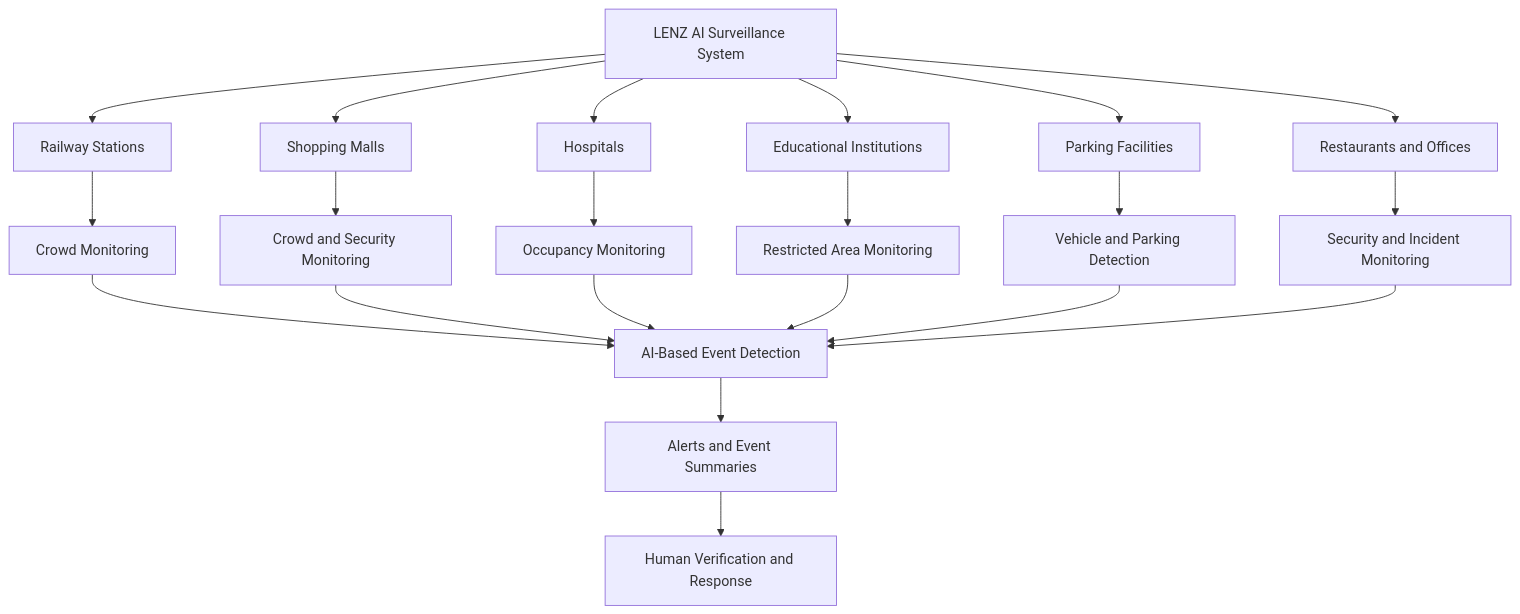
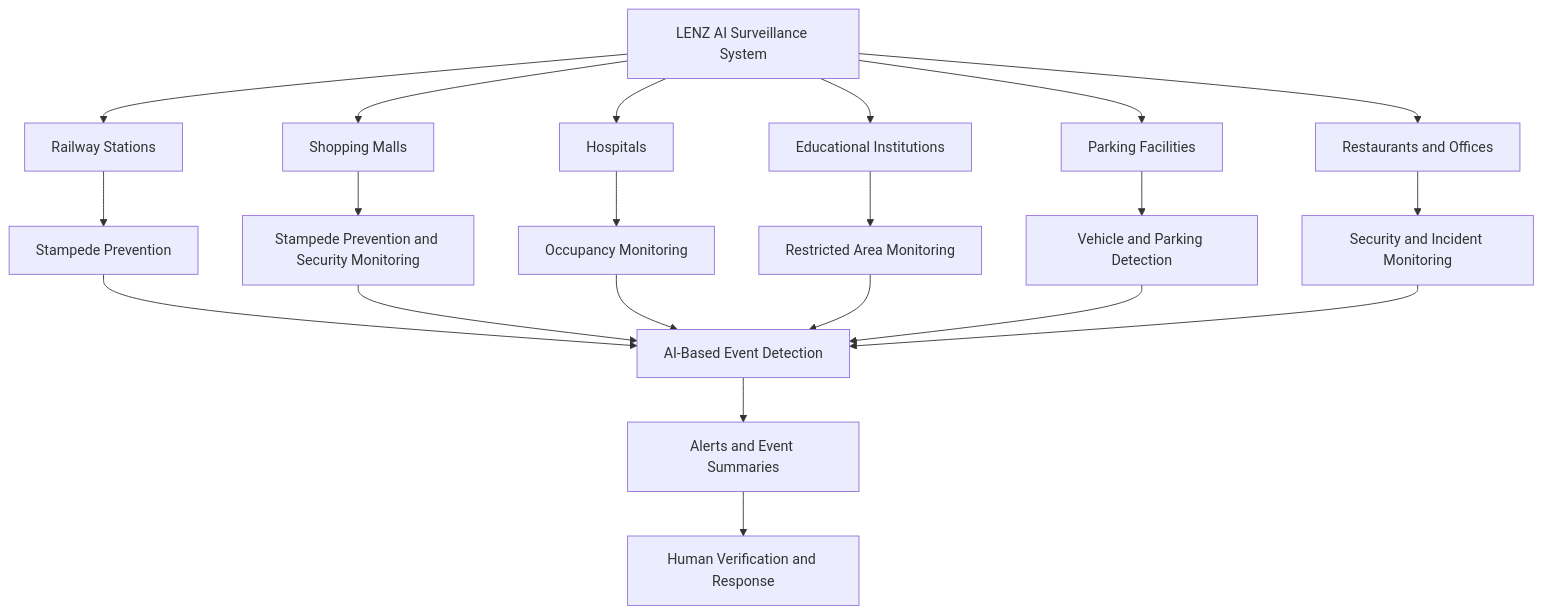
Before and after one commit to AmanRajSharma001/Lenz: the first of 2 diagrams in README.md, drawn with Mermaid. The commit also changed other lines of this file, not shown here.

````diff
--- a/README.md
+++ b/README.md
@@ -100,28 +89,28 @@
 ```mermaid
 flowchart TD
     A["LENZ AI Surveillance System"]
 
     A --> B["Railway Stations"]
     A --> C["Shopping Malls"]
     A --> D["Hospitals"]
     A --> E["Educational Institutions"]
     A --> F["Parking Facilities"]
     A --> G["Restaurants and Offices"]
 
-    B --> H["Crowd Monitoring"]
-    C --> I["Crowd and Security Monitoring"]
+    B --> H["Stampede Prevention"]
+    C --> I["Stampede Prevention and Security Monitoring"]
     D --> J["Occupancy Monitoring"]
     E --> K["Restricted Area Monitoring"]
     F --> L["Vehicle and Parking Detection"]
     G --> M["Security and Incident Monitoring"]
 
     H --> N["AI-Based Event Detection"]
     I --> N
     J --> N
     K --> N
     L --> N
     M --> N
 
     N --> O["Alerts and Event Summaries"]
     O --> P["Human Verification and Response"]
 ```
````
